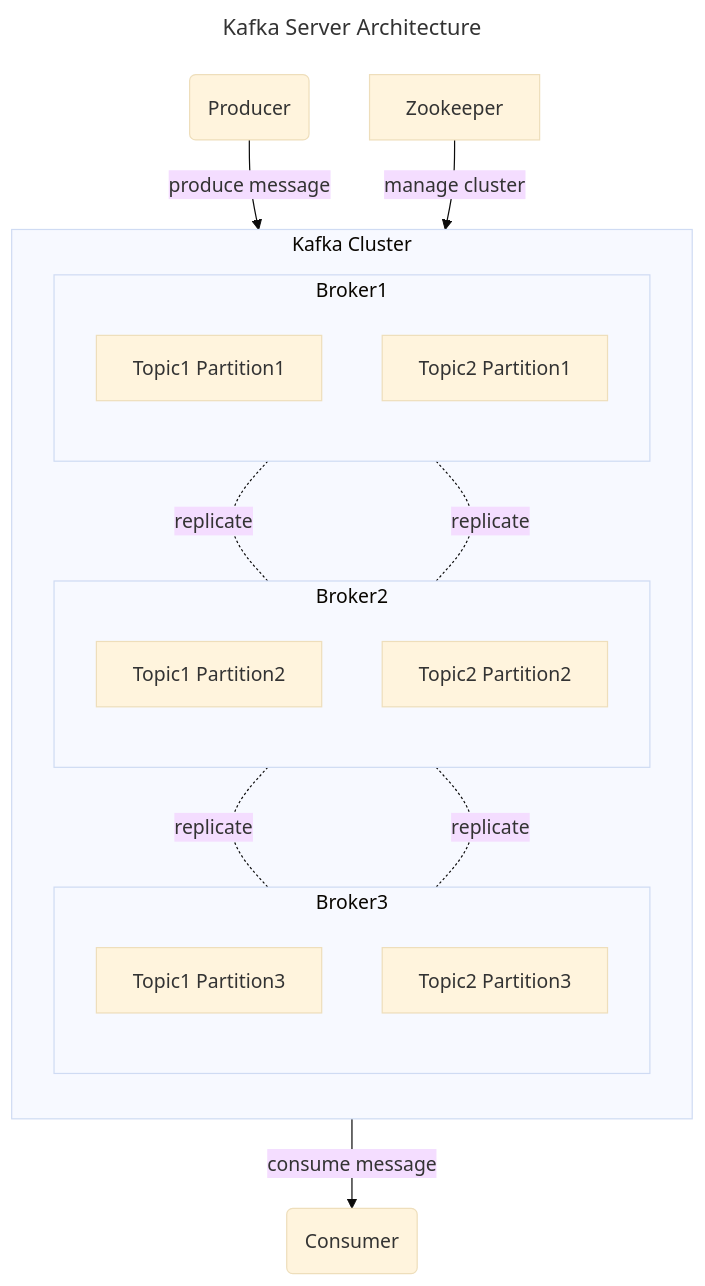
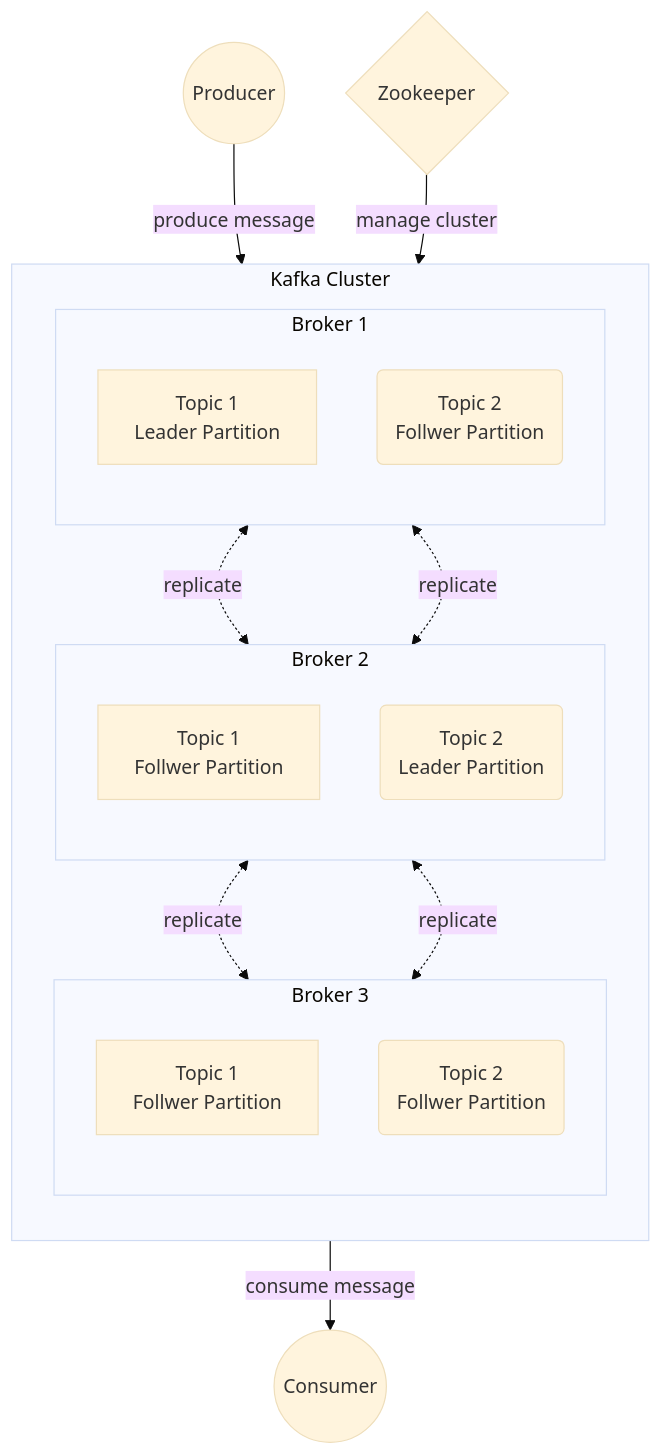
The third of 3 diagrams in collections/_skills/open-source/kafka/index.md (choesimin/choesimin.github.io), drawn with Mermaid (base theme) before and after one commit. The commit also changed other lines of this file and 7 other files, not shown here.

````diff
--- a/collections/_skills/open-source/kafka/index.md
+++ b/collections/_skills/open-source/kafka/index.md
@@ -63,41 +154,37 @@
 ```mermaid
----
-title: Kafka Server Architecture
----
-
 flowchart TB
     subgraph kafka_cluster[Kafka Cluster]
         direction TB
         
-        subgraph broker1[Broker1]
+        subgraph broker1[Broker 1]
             direction TB
-            topic1_part1[Topic1 Partition1]
-            topic2_part1[Topic2 Partition1]
+            topic1_part1[Topic 1<br>Leader Partition]
+            topic2_part1(Topic 2<br>Follwer Partition)
         end
         
-        subgraph broker2[Broker2]
+        subgraph broker2[Broker 2]
             direction TB
-            topic1_part2[Topic1 Partition2]
-            topic2_part2[Topic2 Partition2]
+            topic1_part2[Topic 1<br>Follwer Partition]
+            topic2_part2(Topic 2<br>Leader Partition)
         end
         
-        subgraph broker3[Broker3]
+        subgraph broker3[Broker 3]
             direction TB
-            topic1_part3[Topic1 Partition3]
-            topic2_part3[Topic2 Partition3]
+            topic1_part3[Topic 1<br>Follwer Partition]
+            topic2_part3(Topic 2<br>Follwer Partition)
         end
     end
     
-    producer(Producer)
-    consumer(Consumer)
-    zookeeper[Zookeeper]
+    producer((Producer))
+    consumer((Consumer))
+    zookeeper{Zookeeper}
     
     producer --> |produce message| kafka_cluster
     kafka_cluster --> |consume message| consumer
     zookeeper --> |manage cluster| kafka_cluster
     
-    topic1_part1 -. "replicate" .- topic1_part2
-    topic1_part2 -. "replicate" .- topic1_part3
-    topic2_part1 -. "replicate" .- topic2_part2
-    topic2_part2 -. "replicate" .- topic2_part3
+    topic1_part1 <-. "replicate" .-> topic1_part2
+    topic1_part2 <-. "replicate" .-> topic1_part3
+    topic2_part1 <-. "replicate" .-> topic2_part2
+    topic2_part2 <-. "replicate" .-> topic2_part3
 ```
````
